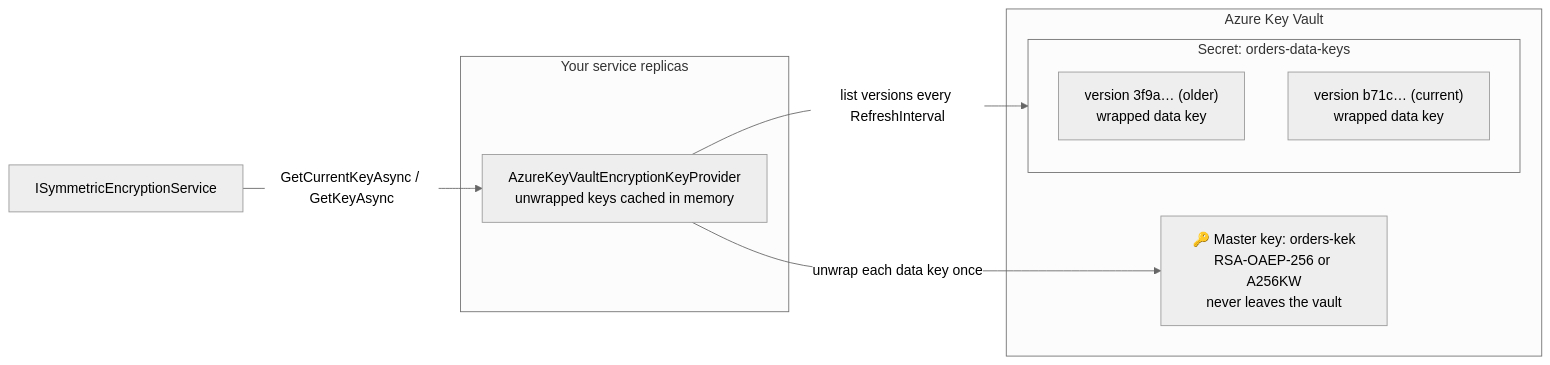
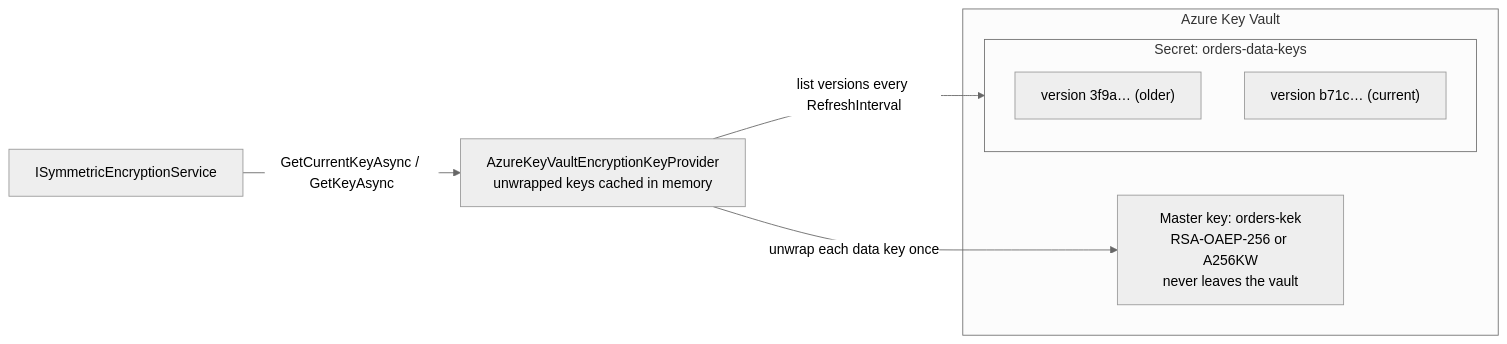
The diagram in 01.Core/SharedKernel.Cryptography.KeyVault.Azure/README.md (Gresta-Vertex-Labs/platform-shared-kernel), drawn with Mermaid (neutral theme) before and after one commit. The commit also changed other lines of this file and 639 other files, not shown here.

````diff
--- a/01.Core/SharedKernel.Cryptography.KeyVault.Azure/README.md
+++ b/01.Core/SharedKernel.Cryptography.KeyVault.Azure/README.md
@@ -108,16 +105,14 @@
 ```mermaid
 flowchart LR
     subgraph Vault["Azure Key Vault"]
-        MK["🔑 Master key: orders-kek<br/>RSA-OAEP-256 or A256KW<br/>never leaves the vault"]
+        MK["Master key: orders-kek<br/>RSA-OAEP-256 or A256KW<br/>never leaves the vault"]
         subgraph Secret["Secret: orders-data-keys"]
-            V1["version 3f9a… (older)<br/>wrapped data key"]
-            V2["version b71c… (current)<br/>wrapped data key"]
+            V1["version 3f9a… (older)"]
+            V2["version b71c… (current)"]
         end
     end
-    subgraph Replicas["Your service replicas"]
-        P["AzureKeyVaultEncryptionKeyProvider<br/>unwrapped keys cached in memory"]
-    end
+    P["AzureKeyVaultEncryptionKeyProvider<br/>unwrapped keys cached in memory"]
     P -- "list versions every RefreshInterval" --> Secret
     P -- "unwrap each data key once" --> MK
     App["ISymmetricEncryptionService"] -- "GetCurrentKeyAsync / GetKeyAsync" --> P
 ```
````
